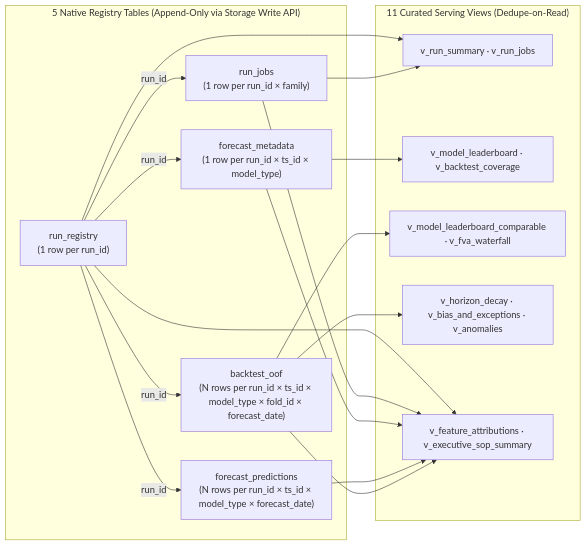
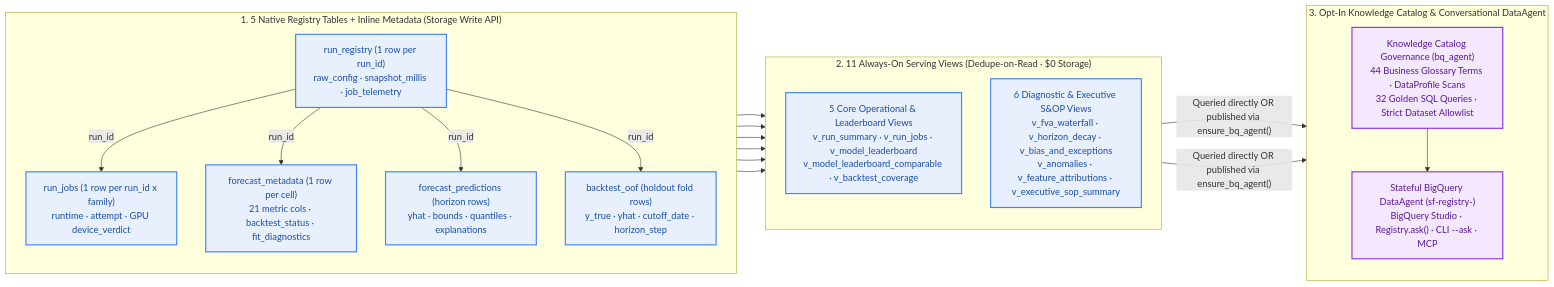
Before and after one commit to statmike/scale-forecasting: the diagram in docs/output_schemas.md, drawn with Mermaid. The commit also changed 26 other files, not shown here.

Commit message:
docs(architecture): progressive 9-level visual architecture atlas, 8 hero diagrams & live parity tripwires

````diff
--- a/docs/output_schemas.md
+++ b/docs/output_schemas.md
@@ -26,23 +26,34 @@
 ```mermaid
 flowchart LR
-    subgraph Tables["5 Native Registry Tables (Append-Only via Storage Write API)"]
-        RR["run_registry<br/>(1 row per run_id)"]
-        RJ["run_jobs<br/>(1 row per run_id × family)"]
-        FM["forecast_metadata<br/>(1 row per run_id × ts_id × model_type)"]
-        FP["forecast_predictions<br/>(N rows per run_id × ts_id × model_type × forecast_date)"]
-        BO["backtest_oof<br/>(N rows per run_id × ts_id × model_type × fold_id × forecast_date)"]
+    subgraph Tables["1. 5 Native Registry Tables + Inline Metadata (Storage Write API)"]
+        direction TB
+        RR["run_registry (1 row per run_id)<br/>raw_config · snapshot_millis · job_telemetry"]
+        RJ["run_jobs (1 row per run_id x family)<br/>runtime · attempt · GPU device_verdict"]
+        FM["forecast_metadata (1 row per cell)<br/>21 metric cols · backtest_status · fit_diagnostics"]
+        FP["forecast_predictions (horizon rows)<br/>yhat · bounds · quantiles · explanations"]
+        BO["backtest_oof (holdout fold rows)<br/>y_true · yhat · cutoff_date · horizon_step"]
         RR -->|"run_id"| RJ & FM & FP & BO
     end
-    subgraph Views["11 Curated Serving Views (Dedupe-on-Read)"]
-        VRS["v_run_summary · v_run_jobs"]
-        VML["v_model_leaderboard · v_backtest_coverage"]
-        VMC["v_model_leaderboard_comparable · v_fva_waterfall"]
-        VDG["v_horizon_decay · v_bias_and_exceptions · v_anomalies"]
-        VEX["v_feature_attributions · v_executive_sop_summary"]
+
+    subgraph Views["2. 11 Always-On Serving Views (Dedupe-on-Read · $0 Storage)"]
+        direction TB
+        V5["5 Core Operational & Leaderboard Views<br/>v_run_summary · v_run_jobs · v_model_leaderboard<br/>v_model_leaderboard_comparable · v_backtest_coverage"]
+        V6["6 Diagnostic & Executive S&OP Views<br/>v_fva_waterfall · v_horizon_decay · v_bias_and_exceptions<br/>v_anomalies · v_feature_attributions · v_executive_sop_summary"]
     end
-    RR --> VRS & VEX
-    RJ --> VRS & VEX
-    FM --> VML & VEX
-    FP --> VEX
-    BO --> VMC & VDG & VEX
+
+    subgraph Semantic["3. Opt-In Knowledge Catalog & Conversational DataAgent"]
+        direction TB
+        KC["Knowledge Catalog Governance (bq_agent)<br/>44 Business Glossary Terms · DataProfile Scans<br/>32 Golden SQL Queries · Strict Dataset Allowlist"]
+        DA["Stateful BigQuery DataAgent (sf-registry-<dataset>)<br/>BigQuery Studio · Registry.ask() · CLI --ask · MCP"]
+        KC --> DA
+    end
+
+    RR & RJ & FM --> V5
+    FM & FP & BO --> V6
+    V5 & V6 -->|"Queried directly OR published via ensure_bq_agent()"| KC
+
+    classDef data fill:#E8F0FE,stroke:#4285F4,stroke-width:2px,color:#174EA6
+    classDef semantic fill:#F3E8FD,stroke:#9334E6,stroke-width:2px,color:#5B1799
+    class RR,RJ,FM,FP,BO,V5,V6 data
+    class KC,DA semantic
 ```
````
